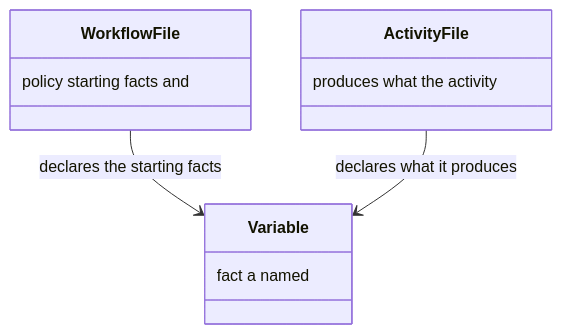
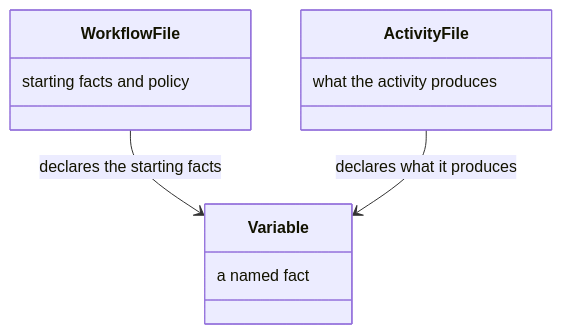
The fourth of 36 diagrams in docs/state.md (m2ux/workflow-server), drawn with Mermaid before and after one commit. The commit also changed other lines of this file and 10 other files, not shown here.

Commit message:
Write each class-box note in reading order so the diagram shows the phrase as written.

````diff
--- a/docs/state.md
+++ b/docs/state.md
@@ -58,14 +58,14 @@
 ```mermaid
 classDiagram
   class WorkflowFile {
-    policy starting facts and
+    starting facts and policy
   }
   class ActivityFile {
-    produces what the activity
+    what the activity produces
   }
   class Variable {
-    fact a named
+    a named fact
   }
   WorkflowFile --> Variable : declares the starting facts
   ActivityFile --> Variable : declares what it produces
 ```
````
